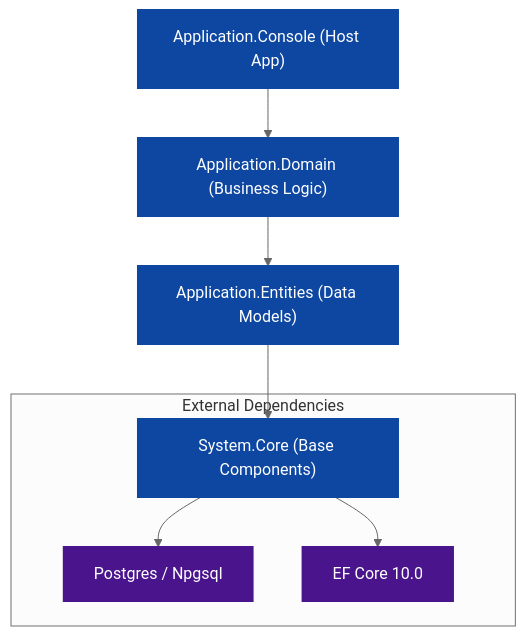
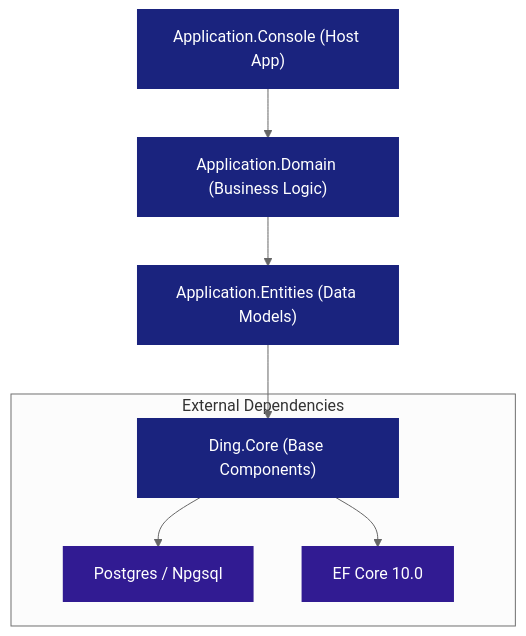
The diagram in README.md (nafis-sadik/DingTechTest), drawn with Mermaid (neutral theme) before and after one commit. The commit also changed other lines of this file and 10 other files, not shown here.

Commit message:
feat: Implement initial bank account management system with core services, persistence, and console UI.

````diff
--- a/README.md
+++ b/README.md
@@ -68,17 +37,17 @@
 ```mermaid
 graph TD
     Console["Application.Console (Host App)"] 
     Console --> Domain["Application.Domain (Business Logic)"]
     Domain --> Entities["Application.Entities (Data Models)"]
-    Entities --> Core["System.Core (Base Components)"]
+    Entities --> Core["Ding.Core (Base Components)"]
     
     subgraph "External Dependencies"
         Core --> Postgres["Postgres / Npgsql"]
         Core --> EF["EF Core 10.0"]
     end
 
-    classDef primary fill:#0d47a1,stroke:#0d47a1,color:#fff,stroke-width:2px;
-    classDef secondary fill:#4a148c,stroke:#4a148c,color:#fff,stroke-width:2px;
+    classDef primary fill:#1a237e,stroke:#1a237e,color:#fff,stroke-width:2px;
+    classDef secondary fill:#311b92,stroke:#311b92,color:#fff,stroke-width:2px;
     class Console,Domain,Entities,Core primary;
     class Postgres,EF secondary;
 ```
````
